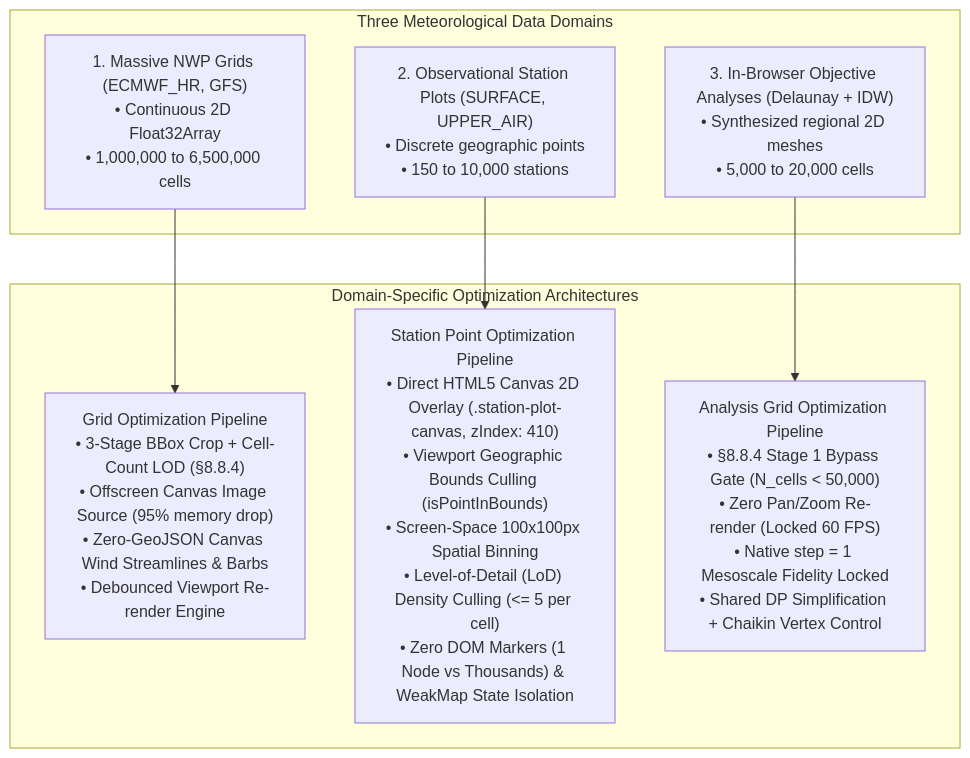
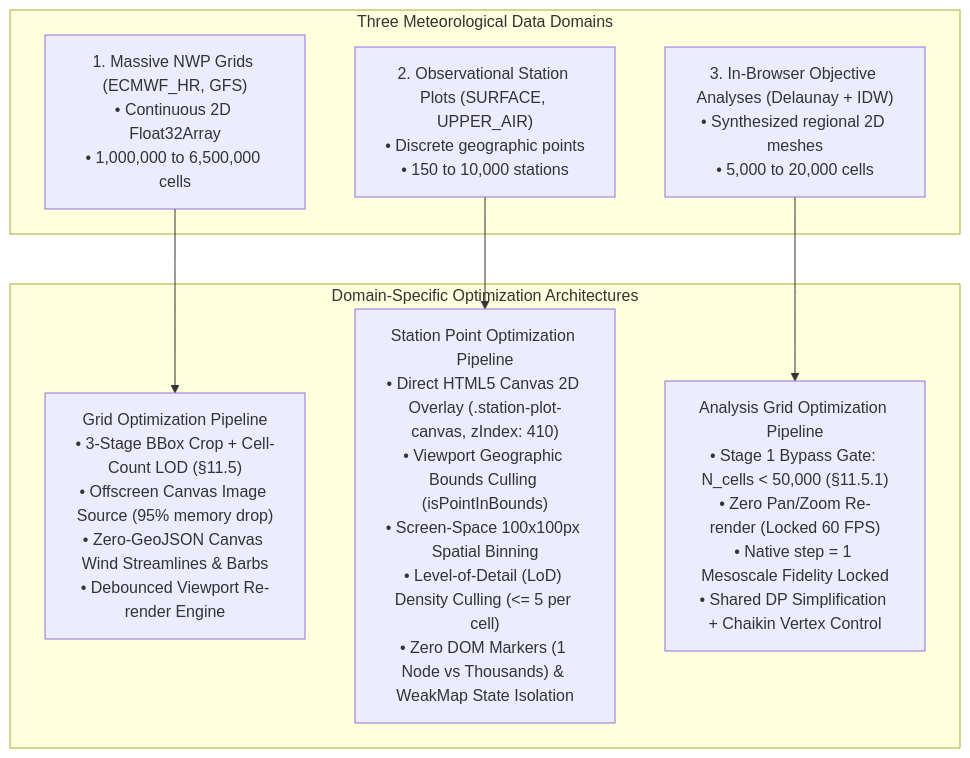
The eighth of 9 diagrams in Architecture.md (likev/micaps-web), drawn with Mermaid before and after one commit. The commit also changed other lines of this file, not shown here.

Commit message:
docs: reorganize Architecture.md chapters with dedicated Map Projection section

````diff
--- a/Architecture.md
+++ b/Architecture.md
@@ -954,14 +1082,14 @@
 ```mermaid
 flowchart TD
     subgraph ThreeDomains ["Three Meteorological Data Domains"]
         D1["1. Massive NWP Grids (ECMWF_HR, GFS)\n• Continuous 2D Float32Array\n• 1,000,000 to 6,500,000 cells"]
         D2["2. Observational Station Plots (SURFACE, UPPER_AIR)\n• Discrete geographic points\n• 150 to 10,000 stations"]
         D3["3. In-Browser Objective Analyses (Delaunay + IDW)\n• Synthesized regional 2D meshes\n• 5,000 to 20,000 cells"]
     end
 
     subgraph OptimizationPipelines ["Domain-Specific Optimization Architectures"]
-        D1 --> P1["Grid Optimization Pipeline\n• 3-Stage BBox Crop + Cell-Count LOD (§8.8.4)\n• Offscreen Canvas Image Source (95% memory drop)\n• Zero-GeoJSON Canvas Wind Streamlines & Barbs\n• Debounced Viewport Re-render Engine"]
+        D1 --> P1["Grid Optimization Pipeline\n• 3-Stage BBox Crop + Cell-Count LOD (§11.5)\n• Offscreen Canvas Image Source (95% memory drop)\n• Zero-GeoJSON Canvas Wind Streamlines & Barbs\n• Debounced Viewport Re-render Engine"]
         D2 --> P2["Station Point Optimization Pipeline\n• Direct HTML5 Canvas 2D Overlay (.station-plot-canvas, zIndex: 410)\n• Viewport Geographic Bounds Culling (isPointInBounds)\n• Screen-Space 100x100px Spatial Binning\n• Level-of-Detail (LoD) Density Culling (<= 5 per cell)\n• Zero DOM Markers (1 Node vs Thousands) & WeakMap State Isolation"]
-        D3 --> P3["Analysis Grid Optimization Pipeline\n• §8.8.4 Stage 1 Bypass Gate (N_cells < 50,000)\n• Zero Pan/Zoom Re-render (Locked 60 FPS)\n• Native step = 1 Mesoscale Fidelity Locked\n• Shared DP Simplification + Chaikin Vertex Control"]
+        D3 --> P3["Analysis Grid Optimization Pipeline\n• Stage 1 Bypass Gate: N_cells < 50,000 (§11.5.1)\n• Zero Pan/Zoom Re-render (Locked 60 FPS)\n• Native step = 1 Mesoscale Fidelity Locked\n• Shared DP Simplification + Chaikin Vertex Control"]
     end
 ```
````
